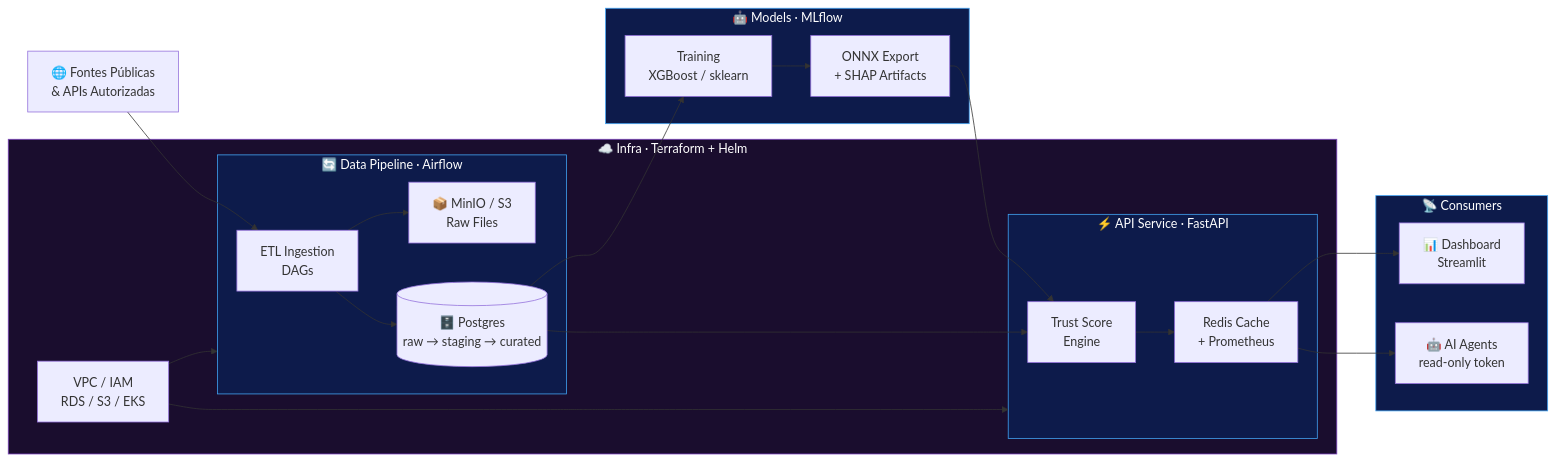
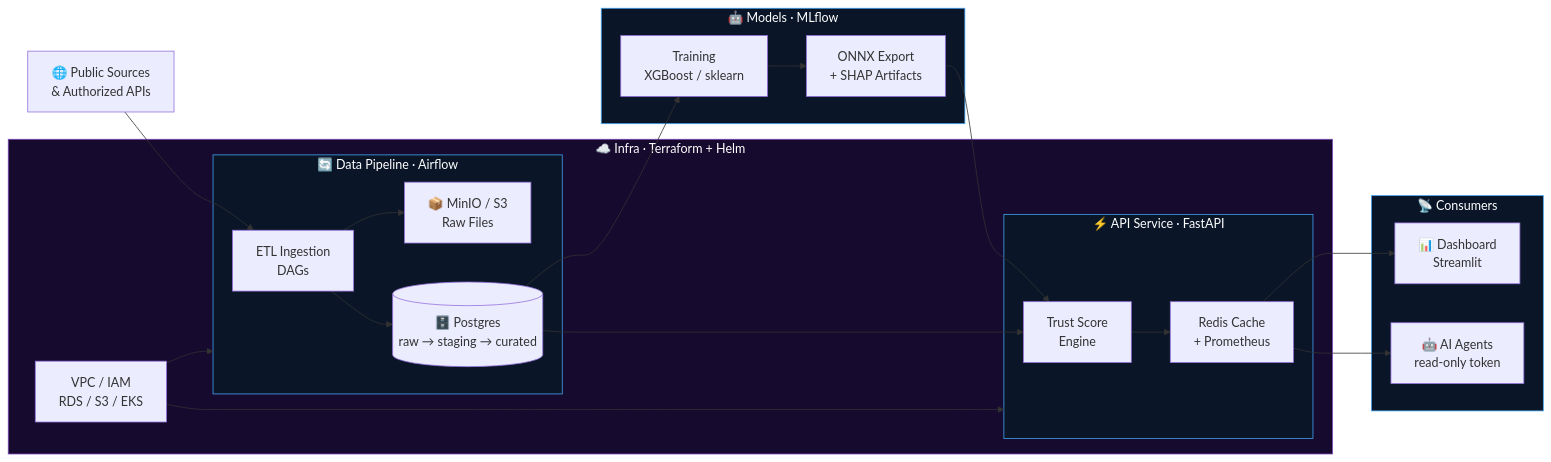
The first of 3 diagrams in README.md (maykonlincolnusa/Security-Bank-assessment), drawn with Mermaid before and after one commit. The commit also changed other lines of this file, not shown here.

````diff
--- a/README.md
+++ b/README.md
@@ -96,38 +105,36 @@
 ```mermaid
 flowchart LR
-    A["🌐 Fontes Públicas\n& APIs Autorizadas"] --> B
+    A["🌐 Public Sources\n& Authorized APIs"] --> B
 
     subgraph ETL ["🔄 Data Pipeline · Airflow"]
-        B["ETL Ingestion\nDAGs"] --> C1
-        B --> C2
+        B["ETL Ingestion\nDAGs"] --> C1 & C2
         C1["📦 MinIO / S3\nRaw Files"]
         C2[("🗄️ Postgres\nraw → staging → curated")]
     end
 
     subgraph ML ["🤖 Models · MLflow"]
         C2 --> D["Training\nXGBoost / sklearn"]
         D --> E["ONNX Export\n+ SHAP Artifacts"]
     end
 
     subgraph API ["⚡ API Service · FastAPI"]
         E --> F["Trust Score\nEngine"]
         C2 --> F
         F --> G["Redis Cache\n+ Prometheus"]
     end
 
     subgraph Consumers ["📡 Consumers"]
         G --> H["📊 Dashboard\nStreamlit"]
         G --> I["🤖 AI Agents\nread-only token"]
     end
 
     subgraph Infra ["☁️ Infra · Terraform + Helm"]
-        J["VPC / IAM\nRDS / S3 / EKS"] --> ETL
-        J --> API
+        J["VPC / IAM\nRDS / S3 / EKS"] --> ETL & API
     end
 
-    style ETL fill:#0d1b4b,stroke:#42A5F5,color:#ffffff
-    style ML fill:#0d1b4b,stroke:#42A5F5,color:#ffffff
-    style API fill:#0d1b4b,stroke:#42A5F5,color:#ffffff
-    style Consumers fill:#0d1b4b,stroke:#42A5F5,color:#ffffff
-    style Infra fill:#1a0d2e,stroke:#7B42BC,color:#ffffff
+    style ETL       fill:#0a1628,stroke:#42A5F5,color:#ffffff
+    style ML        fill:#0a1628,stroke:#42A5F5,color:#ffffff
+    style API       fill:#0a1628,stroke:#42A5F5,color:#ffffff
+    style Consumers fill:#0a1628,stroke:#42A5F5,color:#ffffff
+    style Infra     fill:#160a2e,stroke:#7B42BC,color:#ffffff
 ```
````
